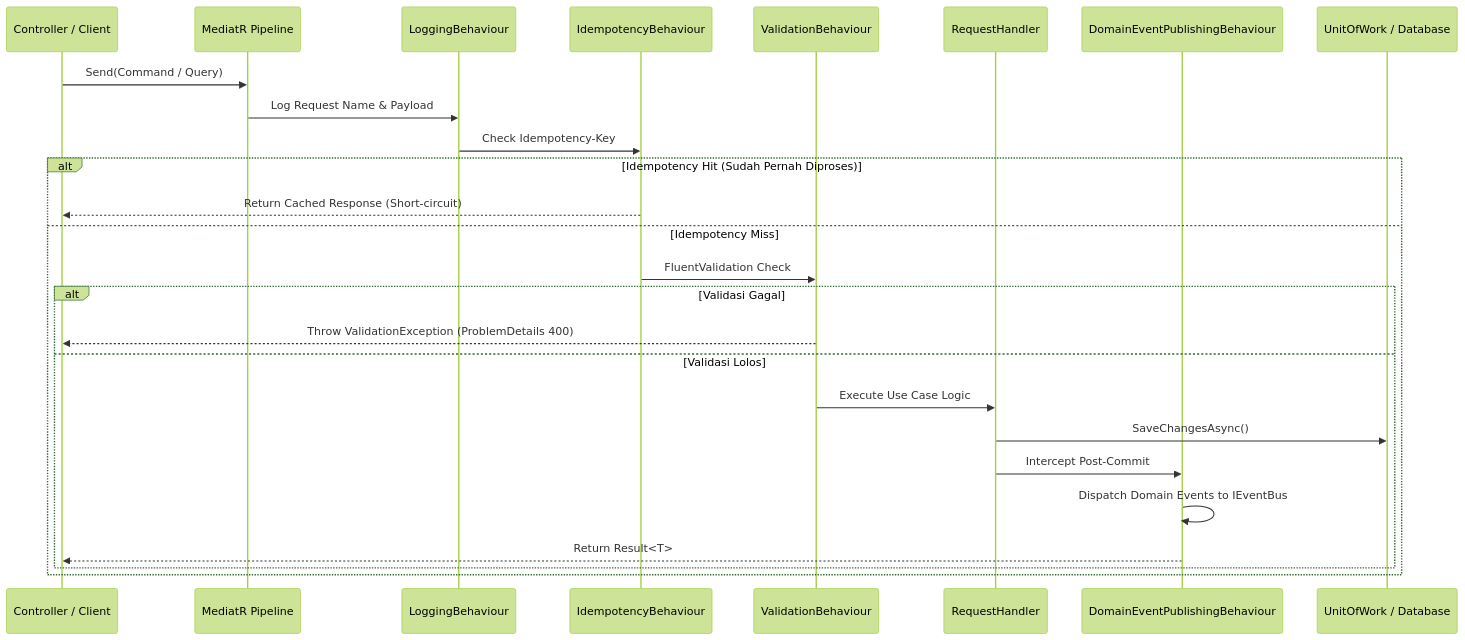
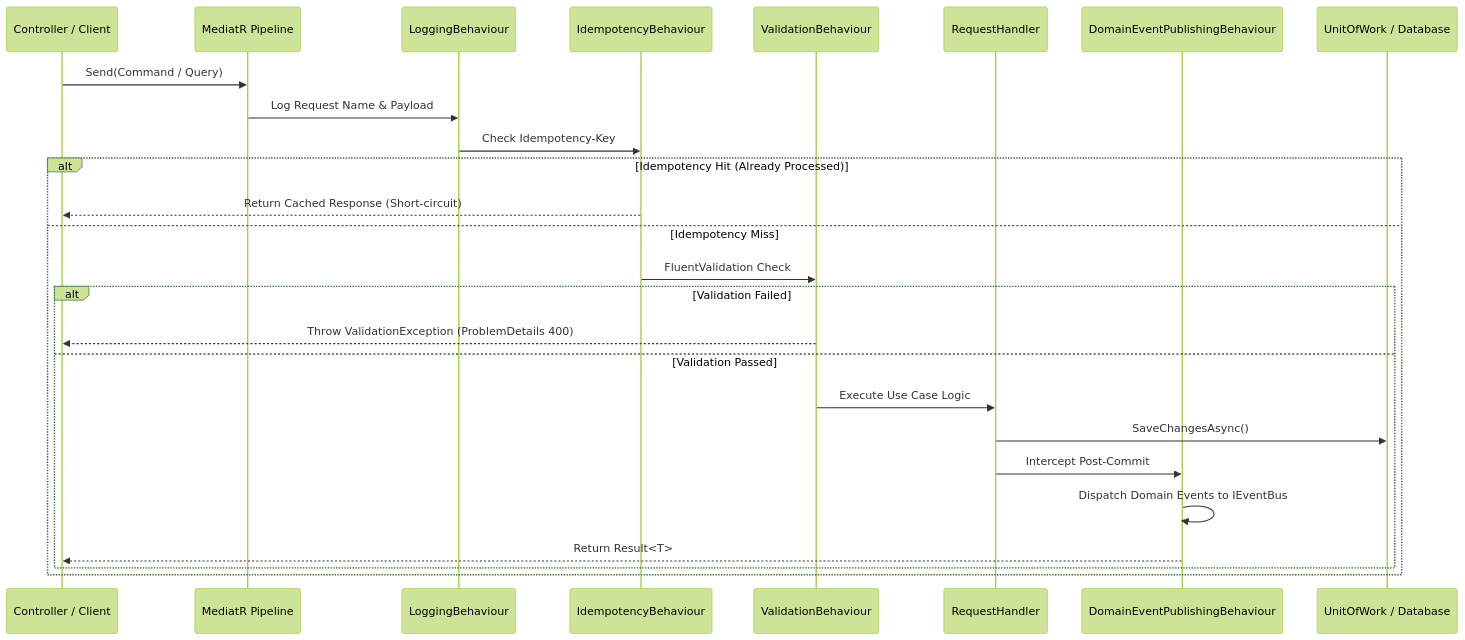
One commit to MinimDev/dotnet-clean-architecture-template changed the second of 2 diagrams in docs/ARCHITECTURE.md. Above: the diagram before and after it, drawn with Mermaid (forest theme). The commit also changed other lines of this file and 4 other files, not shown here.

````diff
--- a/docs/ARCHITECTURE.md
+++ b/docs/ARCHITECTURE.md
@@ -152,29 +154,29 @@
 ```mermaid
 sequenceDiagram
     participant C as Controller / Client
     participant M as MediatR Pipeline
     participant L as LoggingBehaviour
     participant I as IdempotencyBehaviour
     participant V as ValidationBehaviour
     participant H as RequestHandler
     participant D as DomainEventPublishingBehaviour
     participant DB as UnitOfWork / Database
 
     C->>M: Send(Command / Query)
     M->>L: Log Request Name & Payload
     L->>I: Check Idempotency-Key
-    alt Idempotency Hit (Sudah Pernah Diproses)
+    alt Idempotency Hit (Already Processed)
         I-->>C: Return Cached Response (Short-circuit)
     else Idempotency Miss
         I->>V: FluentValidation Check
-        alt Validasi Gagal
+        alt Validation Failed
             V-->>C: Throw ValidationException (ProblemDetails 400)
-        else Validasi Lolos
+        else Validation Passed
             V->>H: Execute Use Case Logic
             H->>DB: SaveChangesAsync()
             H->>D: Intercept Post-Commit
             D->>D: Dispatch Domain Events to IEventBus
             D-->>C: Return Result<T>
         end
     end
 ```
````
